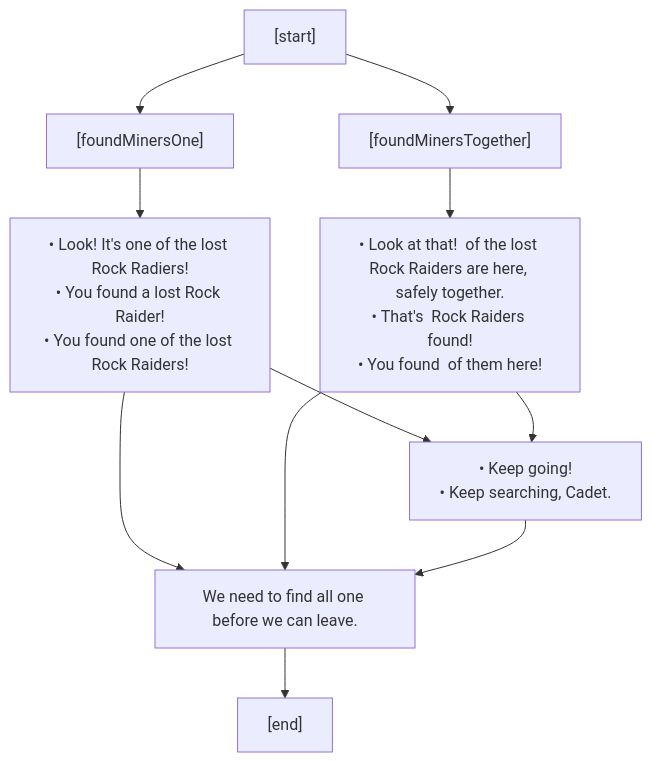
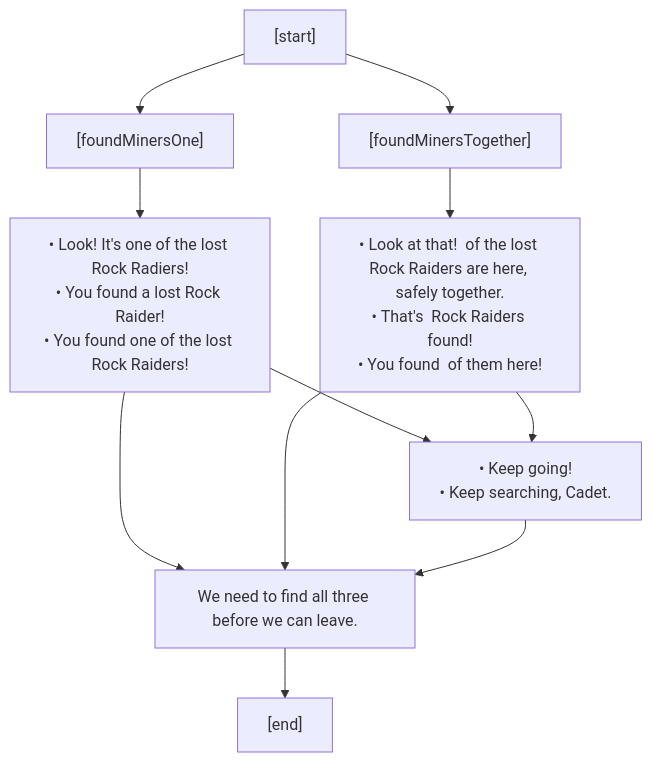
Before and after one commit to charredUtensil/groundhog: the ninth of 14 diagrams in src/core/lore/graphs/events.md, drawn with Mermaid. The commit also changed other lines of this file and 3 other files, not shown here.

````diff
--- a/src/core/lore/graphs/events.md
+++ b/src/core/lore/graphs/events.md
@@ -242,21 +242,21 @@
 ```mermaid
 flowchart TD;
 P0["[start]"]
 P0 --> P1
 P0 --> P3
 P1["[foundMinersOne]"]
 P1 --> P2
 P2["&bull; Look! It's one of the lost Rock Radiers!<br/>&bull; You found a lost Rock Raider!<br/>&bull; You found one of the lost Rock Raiders!"]
 P2 --> P5
 P2 --> P6
 P3["[foundMinersTogether]"]
 P3 --> P4
 P4["&bull; Look at that!  of the lost Rock Raiders are here, safely together.<br/>&bull; That's  Rock Raiders found!<br/>&bull; You found  of them here!"]
 P4 --> P5
 P4 --> P6
 P5["&bull; Keep going!<br/>&bull; Keep searching, Cadet."]
 P5 --> P6
-P6["We need to find all one before we can leave."]
+P6["We need to find all three before we can leave."]
 P6 --> P7
 P7["[end]"]
 ```
````
